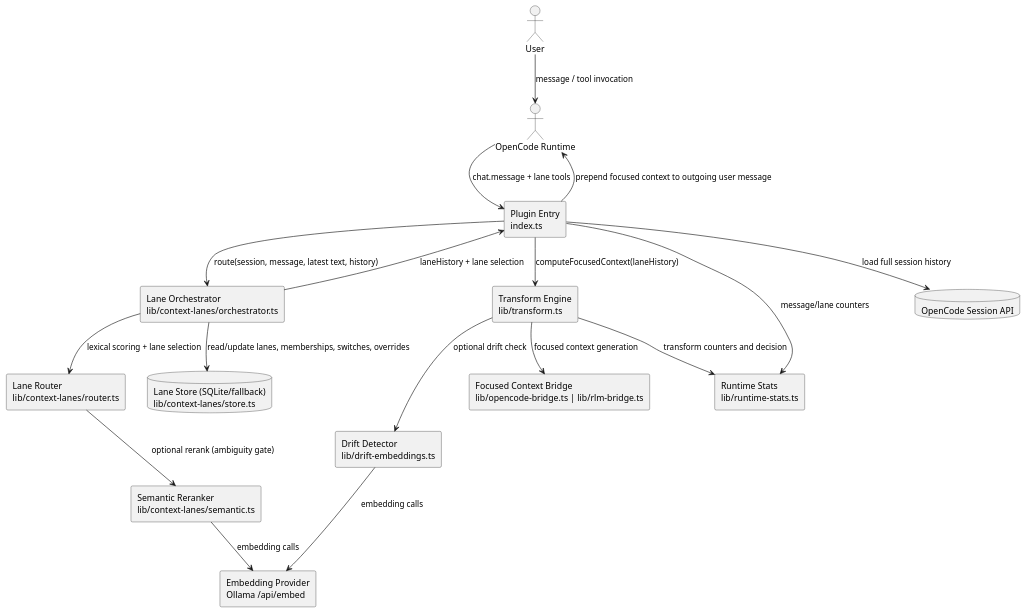
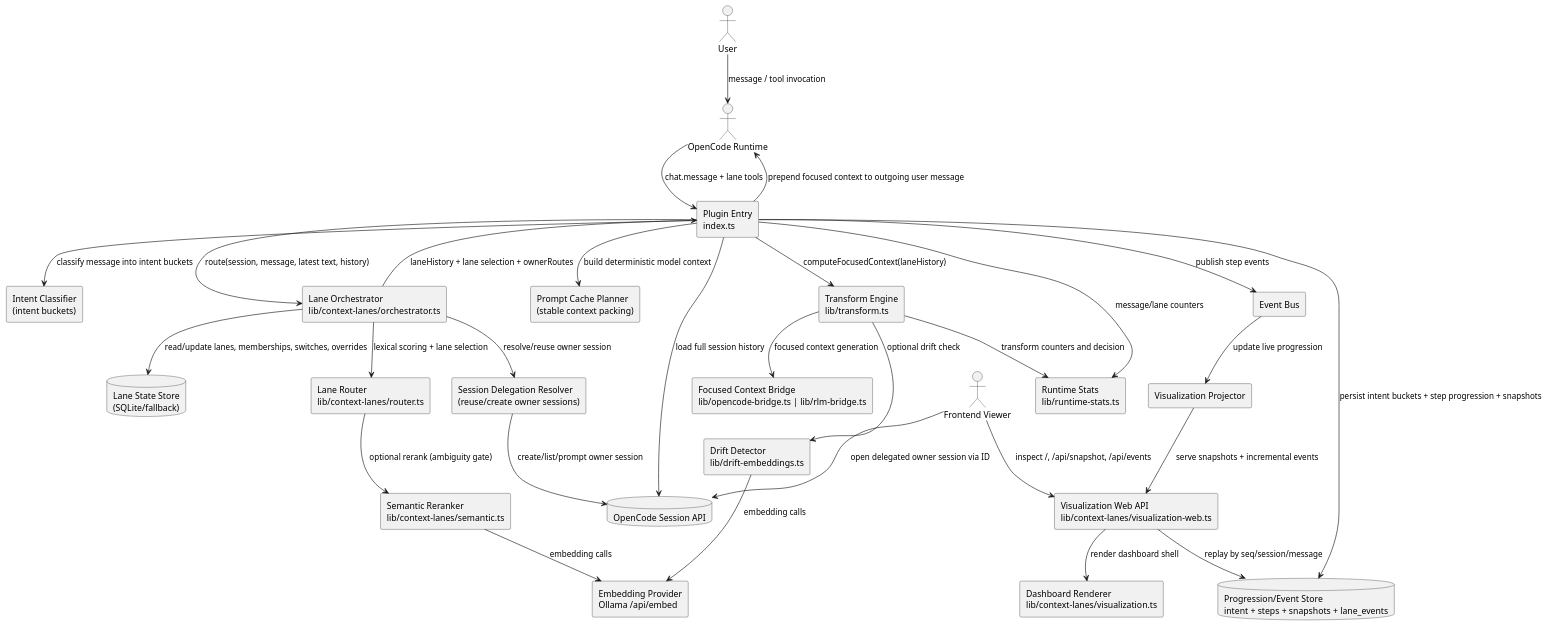
The diagram in docs/uml/context-lanes-component.puml (manorit2001/opencode-rlm-plugin), drawn with PlantUML before and after one commit. The commit also changed 13 other files, not shown here.

Commit message:
docs: expand lane architecture with events and delegation

```diff
--- a/docs/uml/context-lanes-component.puml
+++ b/docs/uml/context-lanes-component.puml
@@ -1,41 +1,64 @@
 @startuml
 skinparam componentStyle rectangle
 
 actor "User" as User
 actor "OpenCode Runtime" as Runtime
+actor "Frontend Viewer" as Viewer
 
 component "Plugin Entry\nindex.ts" as Entry
+component "Intent Classifier\n(intent buckets)" as Classifier
 component "Lane Orchestrator\nlib/context-lanes/orchestrator.ts" as Orchestrator
 component "Lane Router\nlib/context-lanes/router.ts" as Router
 component "Semantic Reranker\nlib/context-lanes/semantic.ts" as Semantic
-database "Lane Store (SQLite/fallback)\nlib/context-lanes/store.ts" as Store
+component "Session Delegation Resolver\n(reuse/create owner sessions)" as Delegation
+component "Prompt Cache Planner\n(stable context packing)" as CachePlanner
+database "Lane State Store\n(SQLite/fallback)" as Store
+database "Progression/Event Store\nintent + steps + snapshots + lane_events" as EventStore
+component "Event Bus" as EventBus
+component "Visualization Projector" as Projector
+component "Visualization Web API\nlib/context-lanes/visualization-web.ts" as VizAPI
+component "Dashboard Renderer\nlib/context-lanes/visualization.ts" as VizRenderer
 
 component "Transform Engine\nlib/transform.ts" as Transform
 component "Drift Detector\nlib/drift-embeddings.ts" as Drift
 component "Focused Context Bridge\nlib/opencode-bridge.ts | lib/rlm-bridge.ts" as Bridge
 component "Runtime Stats\nlib/runtime-stats.ts" as Stats
 
 database "OpenCode Session API" as SessionAPI
 component "Embedding Provider\nOllama /api/embed" as Embed
 
 User --> Runtime : message / tool invocation
 Runtime --> Entry : chat.message + lane tools
 
 Entry --> SessionAPI : load full session history
+Entry --> Classifier : classify message into intent buckets
 Entry --> Orchestrator : route(session, message, latest text, history)
 Orchestrator --> Store : read/update lanes, memberships, switches, overrides
 Orchestrator --> Router : lexical scoring + lane selection
 Router --> Semantic : optional rerank (ambiguity gate)
 Semantic --> Embed : embedding calls
-Orchestrator --> Entry : laneHistory + lane selection
+Orchestrator --> Delegation : resolve/reuse owner session
+Delegation --> SessionAPI : create/list/prompt owner session
+Orchestrator --> Entry : laneHistory + lane selection + ownerRoutes
+
+Entry --> CachePlanner : build deterministic model context
+Entry --> EventStore : persist intent buckets + step progression + snapshots
+Entry --> EventBus : publish step events
+EventBus --> Projector : update live progression
+Projector --> VizAPI : serve snapshots + incremental events
+VizAPI --> VizRenderer : render dashboard shell
+VizAPI --> EventStore : replay by seq/session/message
 
 Entry --> Transform : computeFocusedContext(laneHistory)
 Transform --> Drift : optional drift check
 Drift --> Embed : embedding calls
 Transform --> Bridge : focused context generation
 Transform --> Stats : transform counters and decision
 Entry --> Stats : message/lane counters
 
 Entry --> Runtime : prepend focused context to outgoing user message
 
+Viewer --> VizAPI : inspect /, /api/snapshot, /api/events
+Viewer --> SessionAPI : open delegated owner session via ID
+
 @enduml
```
